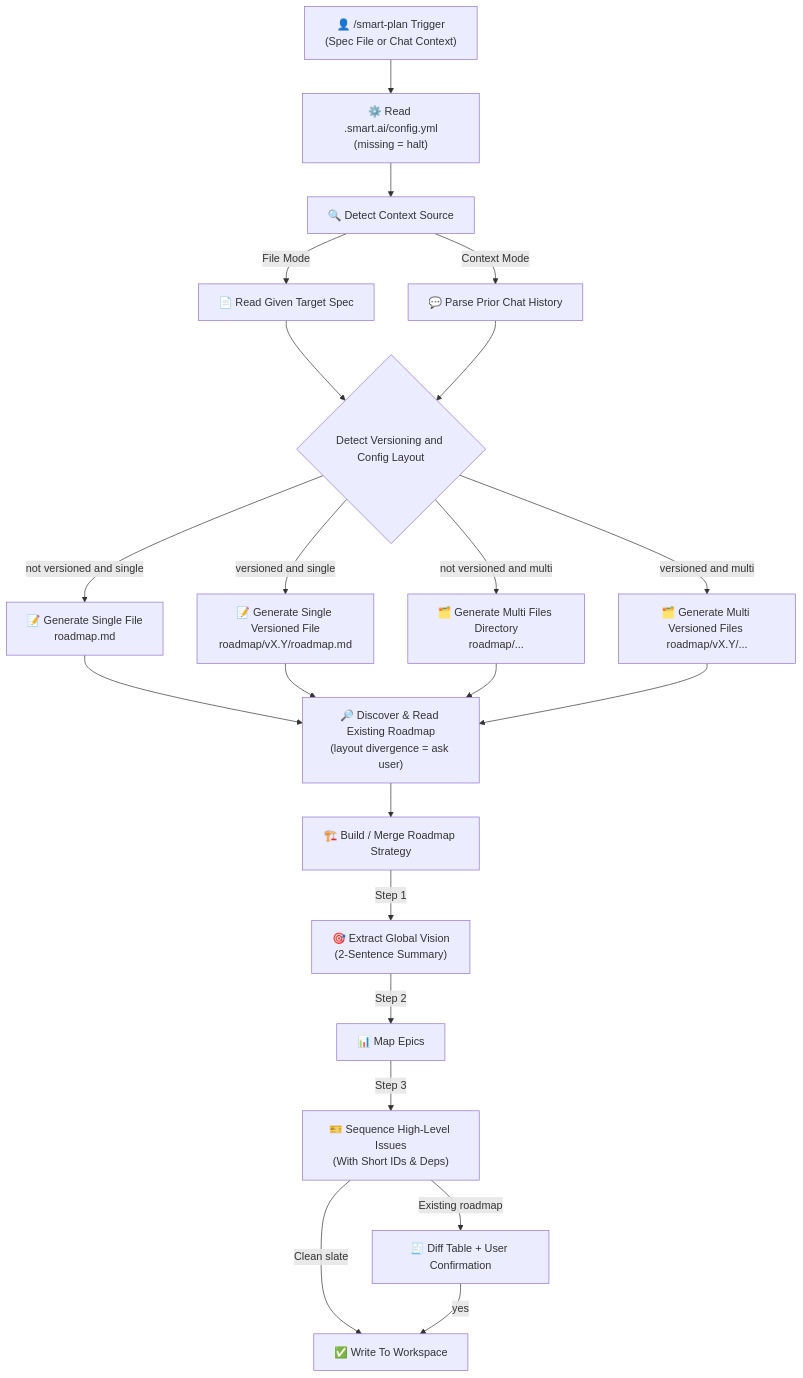
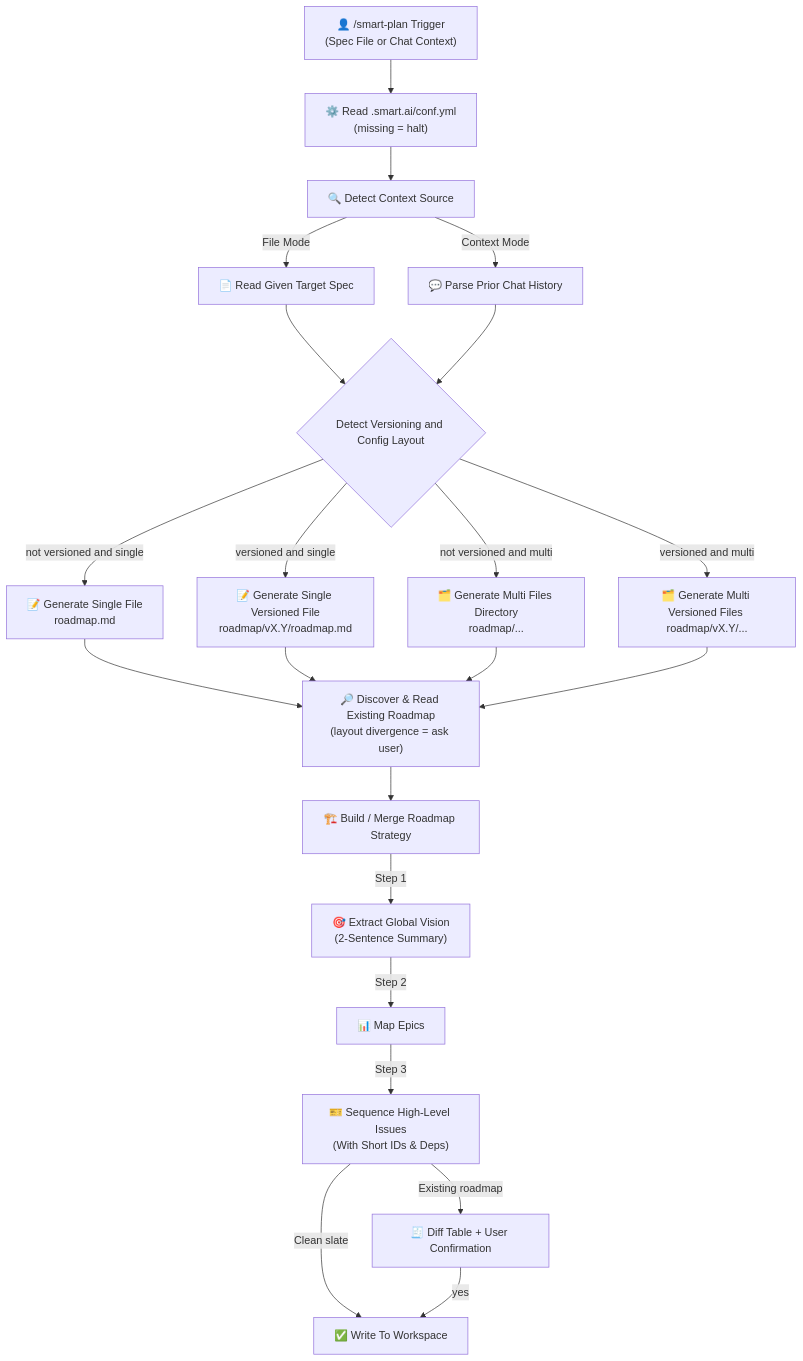
Before and after one commit to fletort/smart-ai-factory: the first of 3 diagrams in docs/specs/smart-plan.md, drawn with Mermaid. The commit also changed other lines of this file and 32 other files, not shown here.

````diff
--- a/docs/specs/smart-plan.md
+++ b/docs/specs/smart-plan.md
@@ -35,31 +35,31 @@
   ```mermaid
   graph TD
-      Input["👤 /smart-plan Trigger<br/>(Spec File or Chat Context)"] --> Config["⚙️ Read .smart.ai/config.yml<br/>(missing = halt)"]
+      Input["👤 /smart-plan Trigger<br/>(Spec File or Chat Context)"] --> Config["⚙️ Read .smart.ai/conf.yml<br/>(missing = halt)"]
       Config --> Source["🔍 Detect Context Source"]
 
       Source -->|File Mode| ReadFile["📄 Read Given Target Spec"]
       Source -->|Context Mode| ReadChat["💬 Parse Prior Chat History"]
 
       ReadFile --> Strategy{"Detect Versioning and Config Layout"}
       ReadChat --> Strategy
 
       Strategy -->|not versioned and single| Single["📝 Generate Single File<br/>roadmap.md"]
       Strategy -->|versioned and single| SingleVer["📝 Generate Single Versioned File<br/>roadmap/vX.Y/roadmap.md"]
       Strategy -->|not versioned and multi| Multi["🗂️ Generate Multi Files Directory<br/>roadmap/..."]
       Strategy -->|versioned and multi| MultiVer["🗂️ Generate Multi Versioned Files <br/>roadmap/vX.Y/..."]
 
       Single --> Discover["🔎 Discover & Read Existing Roadmap<br/>(layout divergence = ask user)"]
       SingleVer --> Discover
       Multi --> Discover
       MultiVer --> Discover
 
       Discover --> Process["🏗️ Build / Merge Roadmap Strategy"]
 
       Process -->|Step 1| Vision["🎯 Extract Global Vision<br/>(2-Sentence Summary)"]
       Vision -->|Step 2| Epics["📊 Map Epics"]
       Epics -->|Step 3| Issues["🎫 Sequence High-Level Issues<br/>(With Short IDs & Deps)"]
 
       Issues -->|Clean slate| Output["✅ Write To Workspace"]
       Issues -->|Existing roadmap| Confirm["🧾 Diff Table + User Confirmation"]
       Confirm -->|yes| Output
   ```
````
